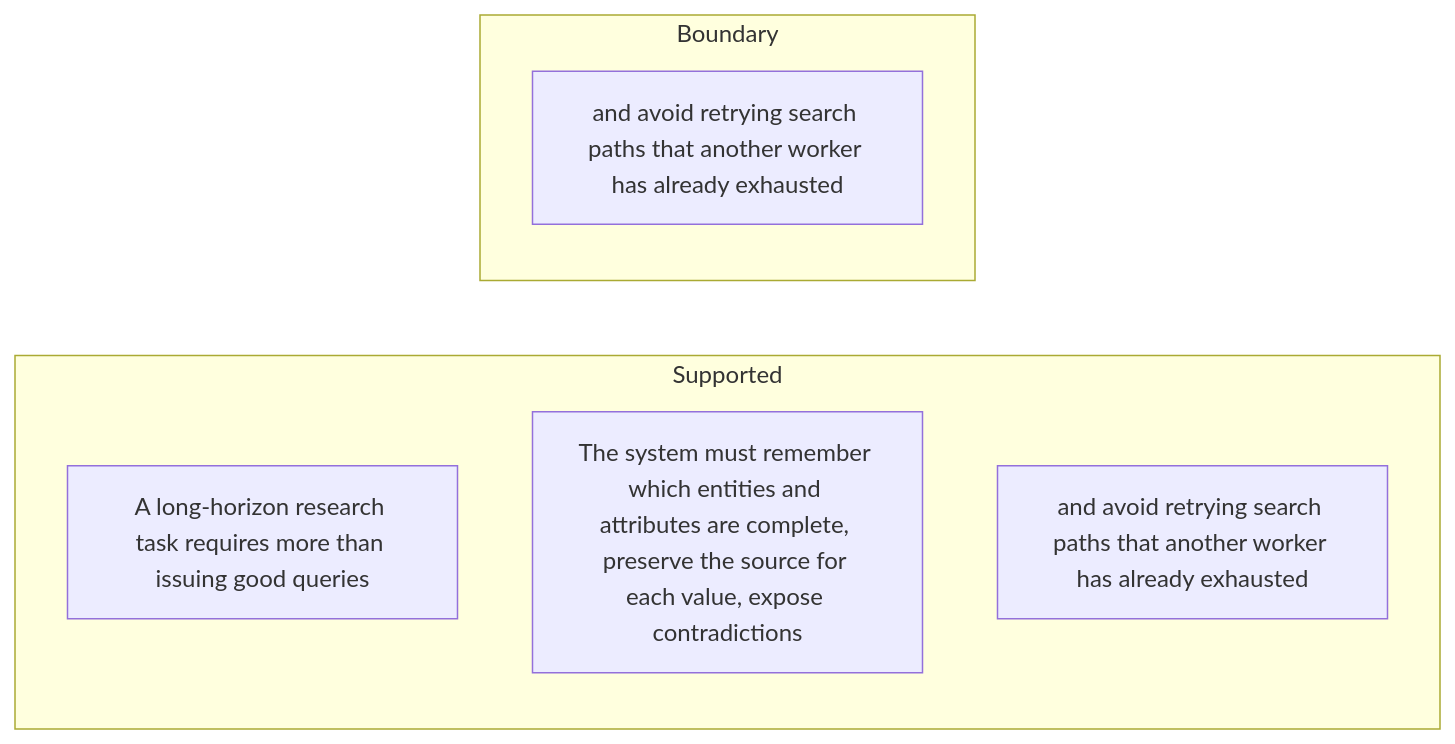
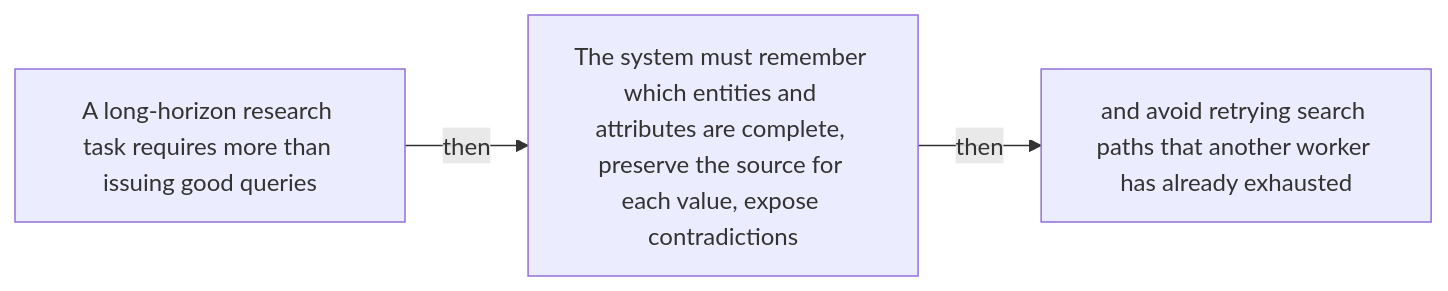
The third of 51 diagrams in docs/visual-manifests/VISUAL_MANIFEST_SEARCHOS_V1.md (Betancourt1/paper_atlas), drawn with Mermaid before and after one commit. The commit also changed other lines of this file and 7 other files, not shown here.

````diff
--- a/docs/visual-manifests/VISUAL_MANIFEST_SEARCHOS_V1.md
+++ b/docs/visual-manifests/VISUAL_MANIFEST_SEARCHOS_V1.md
@@ -201,11 +195,8 @@
 ```mermaid
 flowchart LR
-  subgraph Supported
-    a1["A long-horizon research task requires more than issuing good queries"]
-    a2["The system must remember which entities and attributes are complete, preserve the source for each value, expose contradictions"]
-    a3["and avoid retrying search paths that another worker has already exhausted"]
-  end
-  subgraph Boundary
-    b1["and avoid retrying search paths that another worker has already exhausted"]
-  end
+  n1["A long-horizon research task requires more than issuing good queries"]
+  n2["The system must remember which entities and attributes are complete, preserve the source for each value, expose contradictions"]
+  n3["and avoid retrying search paths that another worker has already exhausted"]
+  n1 -->|"then"| n2
+  n2 -->|"then"| n3
 ```
````
